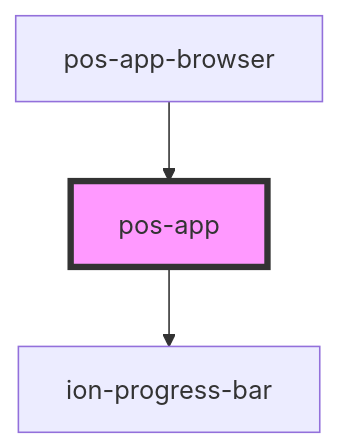
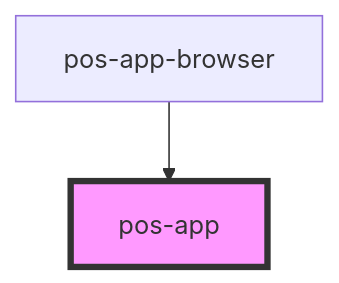
One commit to pod-os/PodOS changed the diagram in docs/elements/components/pos-app/readme.md. Above: the diagram before and after it, drawn with Mermaid. The commit also changed other lines of this file and 31 other files, not shown here.

````diff
--- a/docs/elements/components/pos-app/readme.md
+++ b/docs/elements/components/pos-app/readme.md
@@ -34,6 +30,5 @@
 ```mermaid
 graph TD;
-  pos-app --> ion-progress-bar
   pos-app-browser --> pos-app
   style pos-app fill:#f9f,stroke:#333,stroke-width:4px
 ```
````
